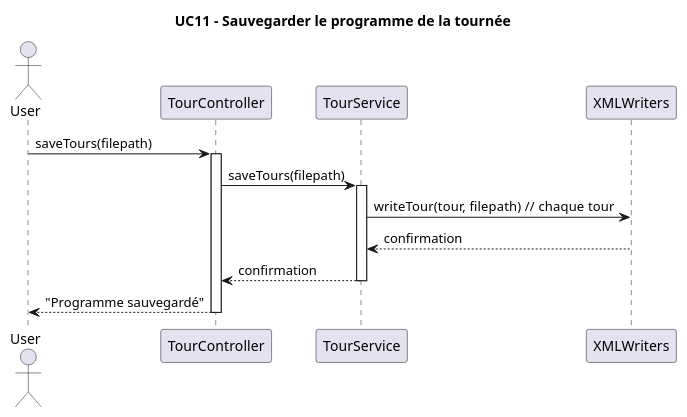
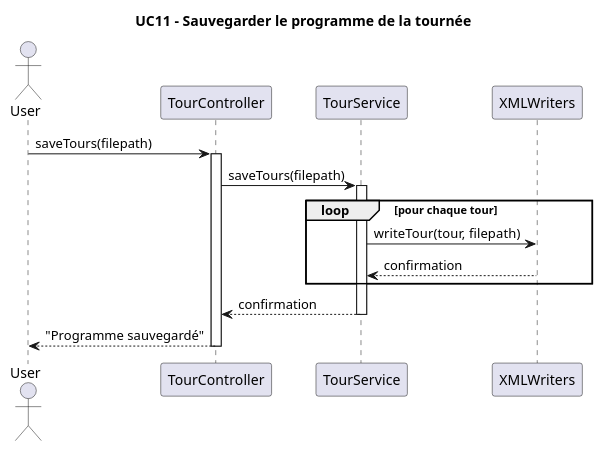
One commit to enzo-dosanjos/Pickup_Delivery_App changed the diagram in diagrams/diagramUC11.plantuml. Above: the diagram before and after it, drawn with PlantUML. The commit also changed 29 other files, not shown here.

```diff
--- a/diagrams/diagramUC11.plantuml
+++ b/diagrams/diagramUC11.plantuml
@@ -1,24 +1,26 @@
 @startuml
 title UC11 - Sauvegarder le programme de la tournée
 
 actor User
 participant "TourController" as TC
 participant "TourService" as TS
 participant "XMLWriters" as XW
 
 User -> TC : saveTours(filepath)
 activate TC
 
 TC -> TS : saveTours(filepath)
 activate TS
 
-TS -> XW : writeTour(tour, filepath)  // chaque tour
-XW --> TS : confirmation
-deactivate XW
+loop pour chaque tour
+    TS -> XW : writeTour(tour, filepath)
+    XW --> TS : confirmation
+end
 
 TS --> TC : confirmation
 deactivate TS
 
 TC --> User : "Programme sauvegardé"
 deactivate TC
+
 @enduml
```
